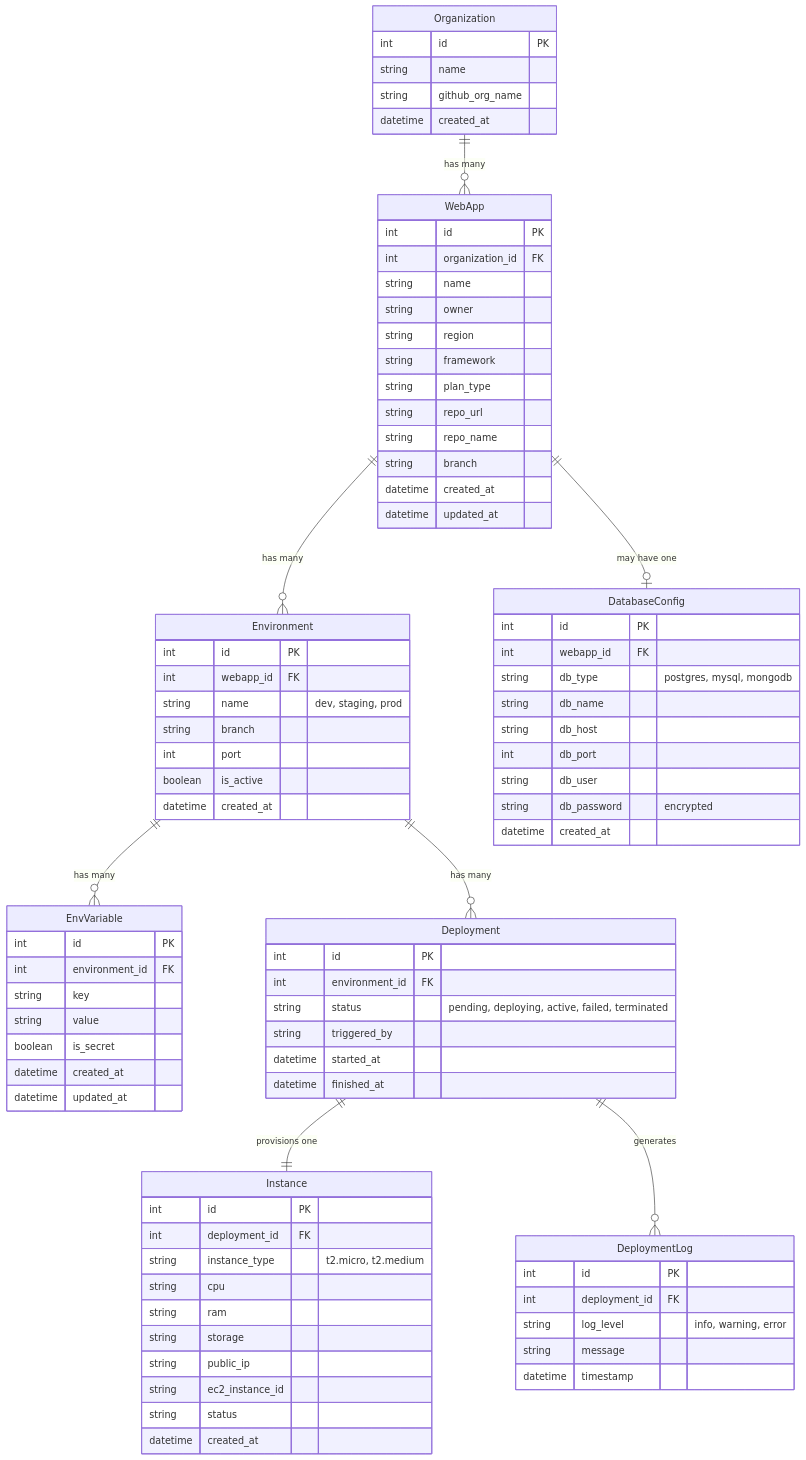
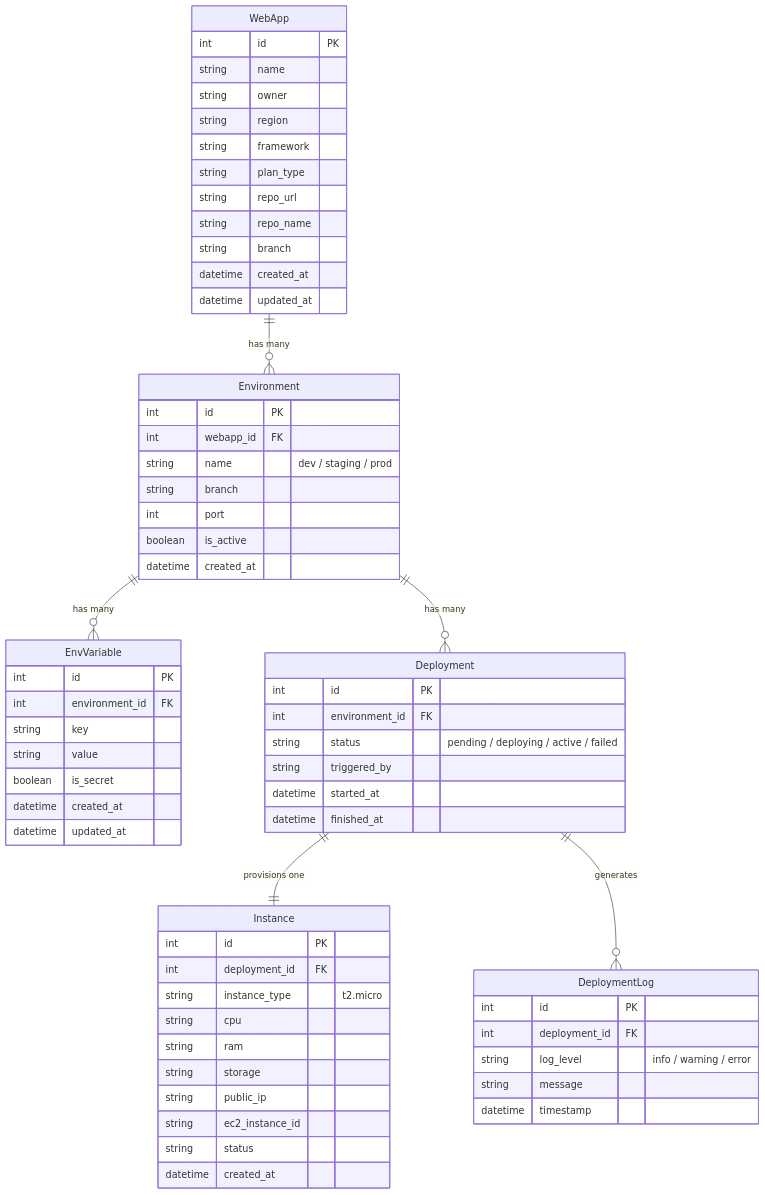
Before and after one commit to drvcodenta/kuberns: the diagram in DATABASE_DESIGN.md, drawn with Mermaid. The commit also changed other lines of this file and 1 other file, not shown here.

````diff
--- a/DATABASE_DESIGN.md
+++ b/DATABASE_DESIGN.md
@@ -83,15 +53,7 @@
 ```mermaid
 erDiagram
-    Organization {
-        int id PK
-        string name
-        string github_org_name
-        datetime created_at
-    }
-
     WebApp {
         int id PK
-        int organization_id FK
         string name
         string owner
         string region
@@ -107,7 +69,7 @@
     Environment {
         int id PK
         int webapp_id FK
-        string name "dev, staging, prod"
+        string name "dev / staging / prod"
         string branch
         int port
         boolean is_active
@@ -127,7 +89,7 @@
     Deployment {
         int id PK
         int environment_id FK
-        string status "pending, deploying, active, failed, terminated"
+        string status "pending / deploying / active / failed"
         string triggered_by
         datetime started_at
         datetime finished_at
@@ -136,7 +98,7 @@
     Instance {
         int id PK
         int deployment_id FK
-        string instance_type "t2.micro, t2.medium"
+        string instance_type "t2.micro"
         string cpu
         string ram
         string storage
@@ -149,26 +111,12 @@
     DeploymentLog {
         int id PK
         int deployment_id FK
-        string log_level "info, warning, error"
+        string log_level "info / warning / error"
         string message
         datetime timestamp
     }
 
-    DatabaseConfig {
-        int id PK
-        int webapp_id FK
-        string db_type "postgres, mysql, mongodb"
-        string db_name
-        string db_host
-        int db_port
-        string db_user
-        string db_password "encrypted"
-        datetime created_at
-    }
-
-    Organization ||--o{ WebApp : "has many"
     WebApp ||--o{ Environment : "has many"
-    WebApp ||--o| DatabaseConfig : "may have one"
     Environment ||--o{ EnvVariable : "has many"
     Environment ||--o{ Deployment : "has many"
     Deployment ||--|| Instance : "provisions one"
````
